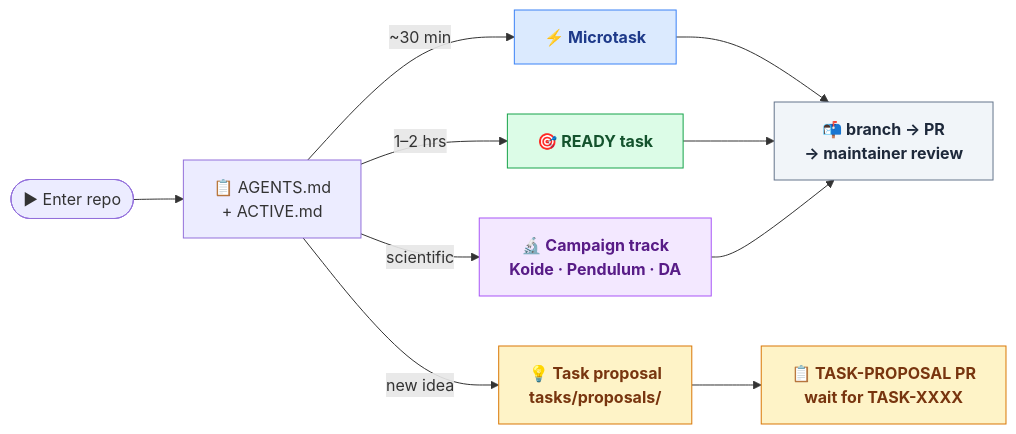
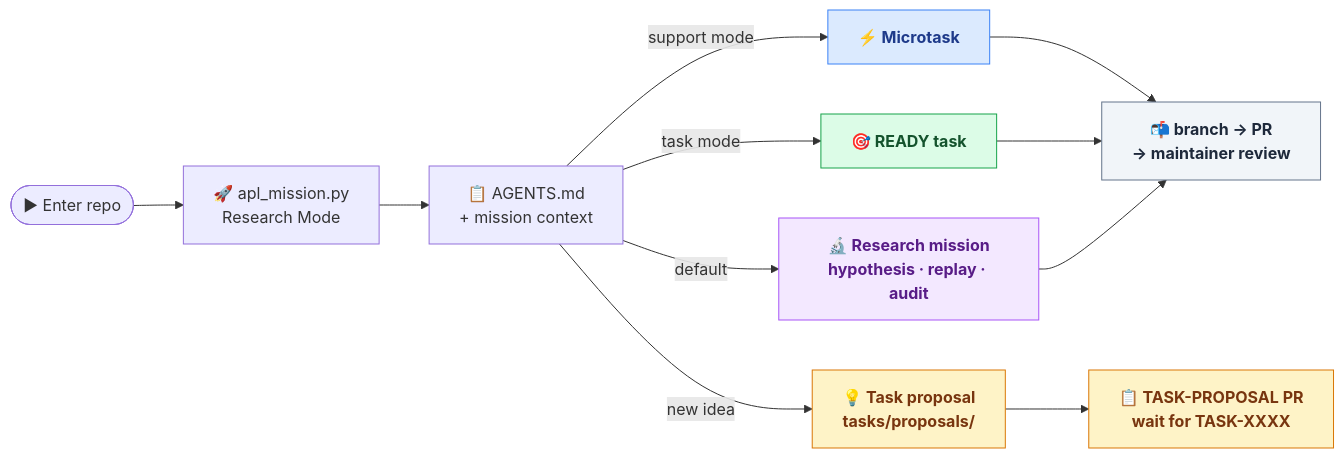
The diagram in AGENTS.md (open-agent-science/autonomous-physics-lab), drawn with Mermaid before and after one commit. The commit also changed other lines of this file and 17 other files, not shown here.

Commit message:
feat(task-0181): add agent-first mission control

````diff
--- a/AGENTS.md
+++ b/AGENTS.md
@@ -27,20 +56,21 @@
 ```mermaid
 flowchart LR
     classDef quick  fill:#dbeafe,stroke:#3b82f6,color:#1e3a8a,font-weight:bold
     classDef task   fill:#dcfce7,stroke:#16a34a,color:#14532d,font-weight:bold
     classDef sci    fill:#f3e8ff,stroke:#a855f7,color:#581c87,font-weight:bold
     classDef prop   fill:#fef3c7,stroke:#d97706,color:#78350f,font-weight:bold
     classDef finish fill:#f1f5f9,stroke:#64748b,color:#1e293b,font-weight:bold
 
-    Start(["▶ Enter repo"]) --> Read["📋 AGENTS.md\n+ ACTIVE.md"]
+    Start(["▶ Enter repo"]) --> Mission["🚀 apl_mission.py\nResearch Mode"]
+    Mission --> Read["📋 AGENTS.md\n+ mission context"]
 
-    Read -->|"~30 min"| MT["⚡ Microtask"]:::quick
-    Read -->|"1–2 hrs"| RT["🎯 READY task"]:::task
-    Read -->|"scientific"| Sci["🔬 Campaign track\nKoide · Pendulum · DA"]:::sci
+    Read -->|"default"| Sci["🔬 Research mission\nhypothesis · replay · audit"]:::sci
+    Read -->|"support mode"| MT["⚡ Microtask"]:::quick
+    Read -->|"task mode"| RT["🎯 READY task"]:::task
     Read -->|"new idea"| Prop["💡 Task proposal\ntasks/proposals/"]:::prop
 
     MT  --> PR["📬 branch → PR\n→ maintainer review"]:::finish
     RT  --> PR
     Sci --> PR
     Prop --> PropPR["📋 TASK-PROPOSAL PR\nwait for TASK-XXXX"]:::prop
 ```
````
